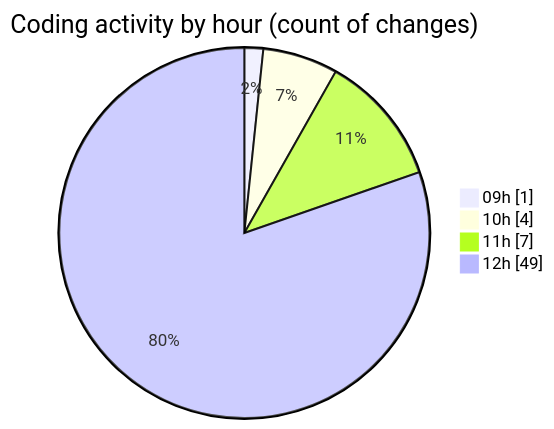
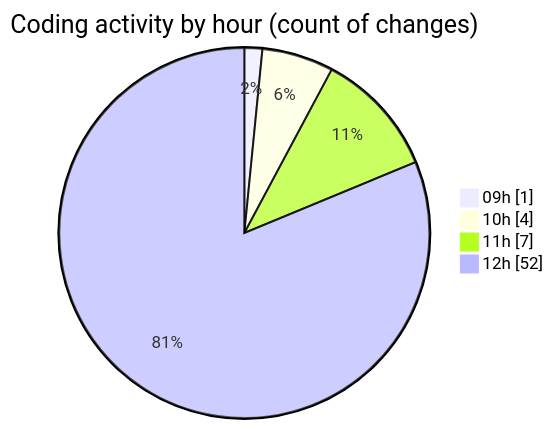
One commit to momahboobian/code-tracking changed the second of 2 diagrams in 2025-04-07/cda/README.md. Above: the diagram before and after it, drawn with Mermaid. The commit also changed other lines of this file and 1 other file, not shown here.

````diff
--- a/2025-04-07/cda/README.md
+++ b/2025-04-07/cda/README.md
@@ -35,8 +35,8 @@
 ```mermaid
 pie showData
 title Coding activity by hour (count of changes)
 "09h" : 1
 "10h" : 4
 "11h" : 7
-"12h" : 49
+"12h" : 52
 ```
````
